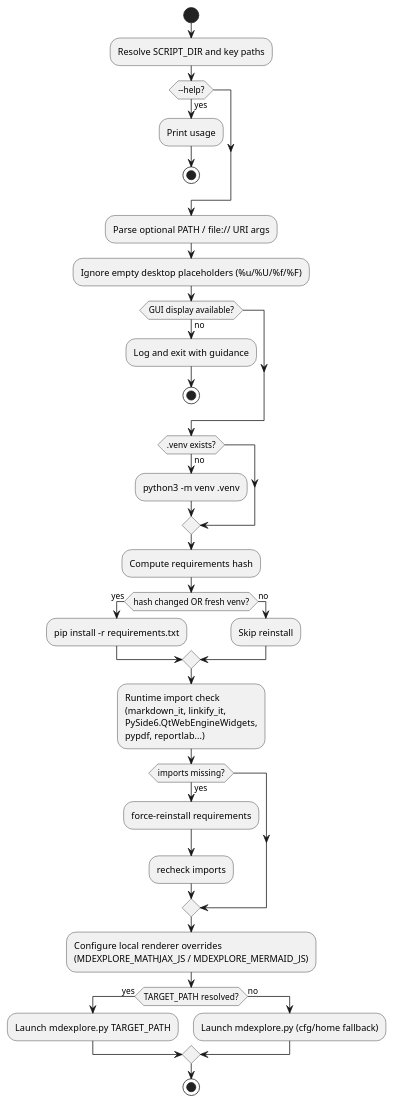
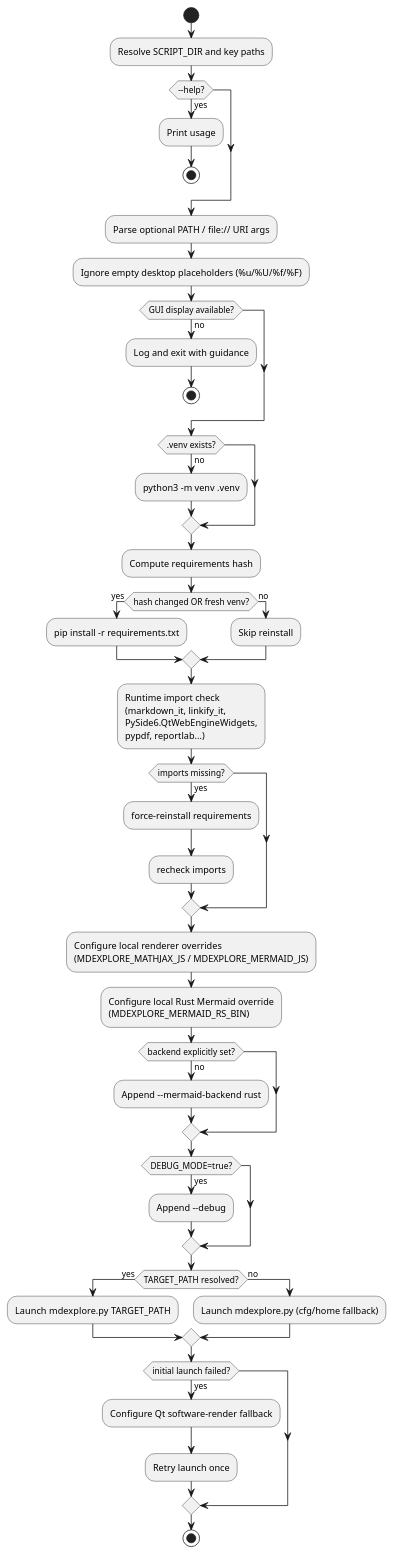
One commit to ngpepin/mdexplore changed the second of 9 diagrams in UML.md. Above: the diagram before and after it, drawn with PlantUML. The commit also changed other lines of this file and 6 other files, not shown here.

````diff
--- a/UML.md
+++ b/UML.md
@@ -104,46 +115,58 @@
 ```plantuml
 @startuml
 start
 :Resolve SCRIPT_DIR and key paths;
 if (--help?) then (yes)
   :Print usage;
   stop
 endif
 
 :Parse optional PATH / file:// URI args;
 :Ignore empty desktop placeholders (%u/%U/%f/%F);
 if (GUI display available?) then (no)
   :Log and exit with guidance;
   stop
 endif
 
 if (.venv exists?) then (no)
   :python3 -m venv .venv;
 endif
 
 :Compute requirements hash;
 if (hash changed OR fresh venv?) then (yes)
   :pip install -r requirements.txt;
 else (no)
   :Skip reinstall;
 endif
 
 :Runtime import check
 (markdown_it, linkify_it,
 PySide6.QtWebEngineWidgets,
 pypdf, reportlab...);
 if (imports missing?) then (yes)
   :force-reinstall requirements;
   :recheck imports;
 endif
 
 :Configure local renderer overrides
 (MDEXPLORE_MATHJAX_JS / MDEXPLORE_MERMAID_JS);
+:Configure local Rust Mermaid override
+(MDEXPLORE_MERMAID_RS_BIN);
+if (backend explicitly set?) then (no)
+  :Append --mermaid-backend rust;
+endif
+if (DEBUG_MODE=true?) then (yes)
+  :Append --debug;
+endif
 if (TARGET_PATH resolved?) then (yes)
   :Launch mdexplore.py TARGET_PATH;
 else (no)
   :Launch mdexplore.py (cfg/home fallback);
 endif
+if (initial launch failed?) then (yes)
+  :Configure Qt software-render fallback;
+  :Retry launch once;
+endif
 stop
 @enduml
 ```
````
